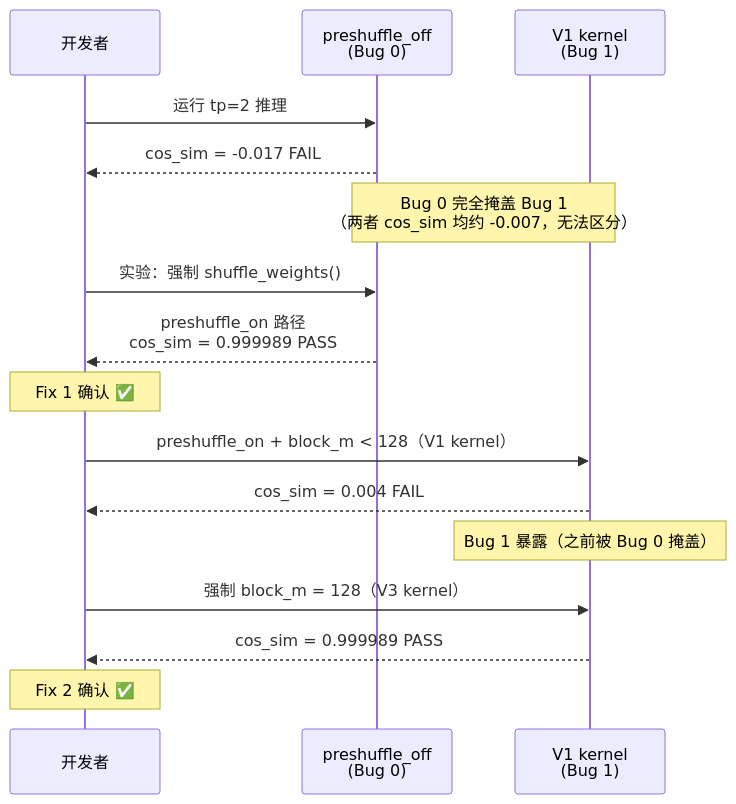
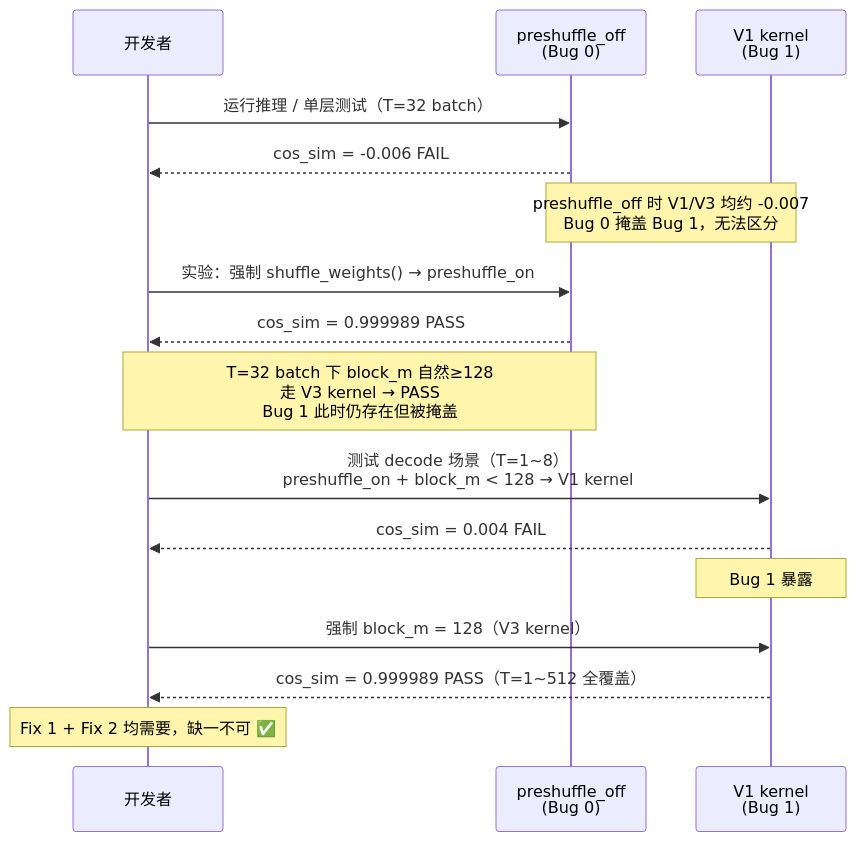
Before and after one commit to LJ-underdog/project_summary: the diagram in step35-flash-support/01_moe_pipeline.md, drawn with Mermaid. The commit also changed other lines of this file, not shown here.

Commit message:
fix: clarify why preshuffle_on appeared to pass before Bug 1 fix
The document incorrectly implied that switching to preshuffle_on alone
was sufficient (cos_sim=0.999989 PASS). This was misleading.

The PASS was specific to T=32 batch test conditions: with 32 tokens,
get_block_size_M() returns block_m>=128, naturally selecting V3 kernel.
Bug 1 (V1 kernel wrong on gfx950+inter_dim>192) was still present but
masked by the test configuration.

Bug 1 was discovered separately in decode scenarios (T=1~8) where
block_m<128 selects V1 kernel → cos_sim=0.004 FAIL.

Updated both the prose description and sequence diagram to reflect:
- preshuffle_on T=32 PASS was conditional on V3 being selected naturally
- Both Fix 1 (shuffle) and Fix 2 (block_m=128) are required for full
  coverage across batch and decode scenarios (T=1~512)

````diff
--- a/step35-flash-support/01_moe_pipeline.md
+++ b/step35-flash-support/01_moe_pipeline.md
@@ -23,22 +23,22 @@
 ```mermaid
 sequenceDiagram
     participant Dev as 开发者
     participant B0 as preshuffle_off<br/>(Bug 0)
     participant B1 as V1 kernel<br/>(Bug 1)
 
-    Dev->>B0: 运行 tp=2 推理
-    B0-->>Dev: cos_sim = -0.017 FAIL
-    Note over B0,B1: Bug 0 完全掩盖 Bug 1<br/>（两者 cos_sim 均约 -0.007，无法区分）
+    Dev->>B0: 运行推理 / 单层测试（T=32 batch）
+    B0-->>Dev: cos_sim = -0.006 FAIL
+    Note over B0,B1: preshuffle_off 时 V1/V3 均约 -0.007<br/>Bug 0 掩盖 Bug 1，无法区分
 
-    Dev->>B0: 实验：强制 shuffle_weights()
-    B0-->>Dev: preshuffle_on 路径<br/>cos_sim = 0.999989 PASS
-    Note over Dev: Fix 1 确认 ✅
+    Dev->>B0: 实验：强制 shuffle_weights() → preshuffle_on
+    B0-->>Dev: cos_sim = 0.999989 PASS
+    Note over Dev,B0: T=32 batch 下 block_m 自然≥128<br/>走 V3 kernel → PASS<br/>Bug 1 此时仍存在但被掩盖
 
-    Dev->>B1: preshuffle_on + block_m < 128（V1 kernel）
+    Dev->>B1: 测试 decode 场景（T=1~8）<br/>preshuffle_on + block_m < 128 → V1 kernel
     B1-->>Dev: cos_sim = 0.004 FAIL
-    Note over B1: Bug 1 暴露（之前被 Bug 0 掩盖）
+    Note over B1: Bug 1 暴露
 
     Dev->>B1: 强制 block_m = 128（V3 kernel）
-    B1-->>Dev: cos_sim = 0.999989 PASS
-    Note over Dev: Fix 2 确认 ✅
+    B1-->>Dev: cos_sim = 0.999989 PASS（T=1~512 全覆盖）
+    Note over Dev: Fix 1 + Fix 2 均需要，缺一不可 ✅
 ```
````
